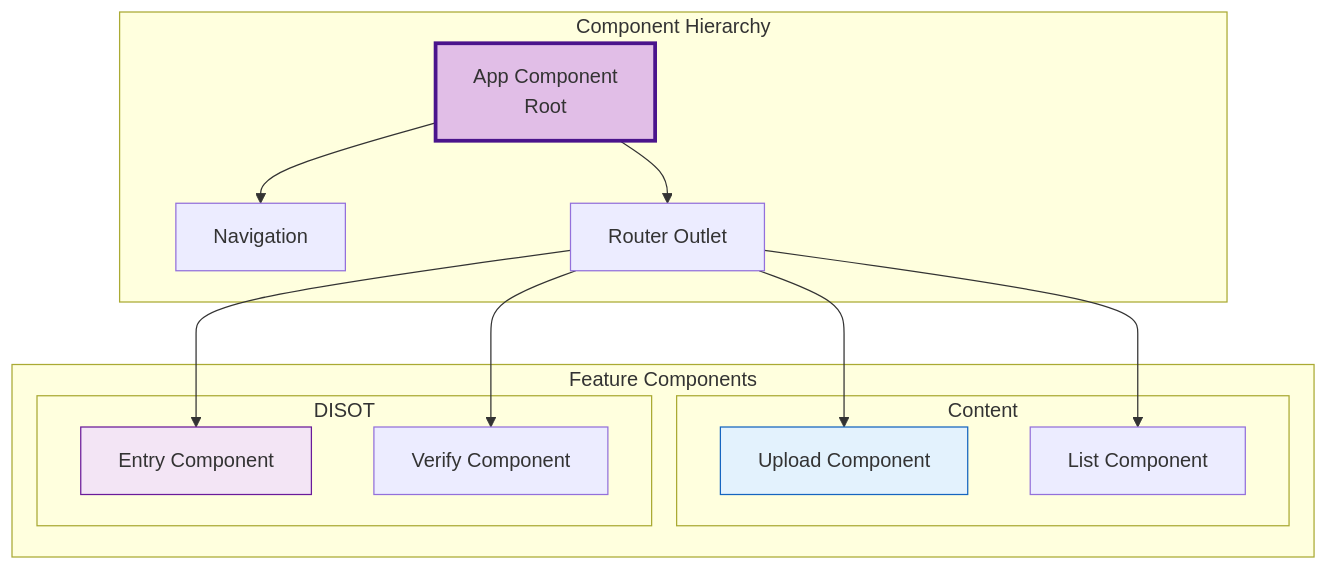
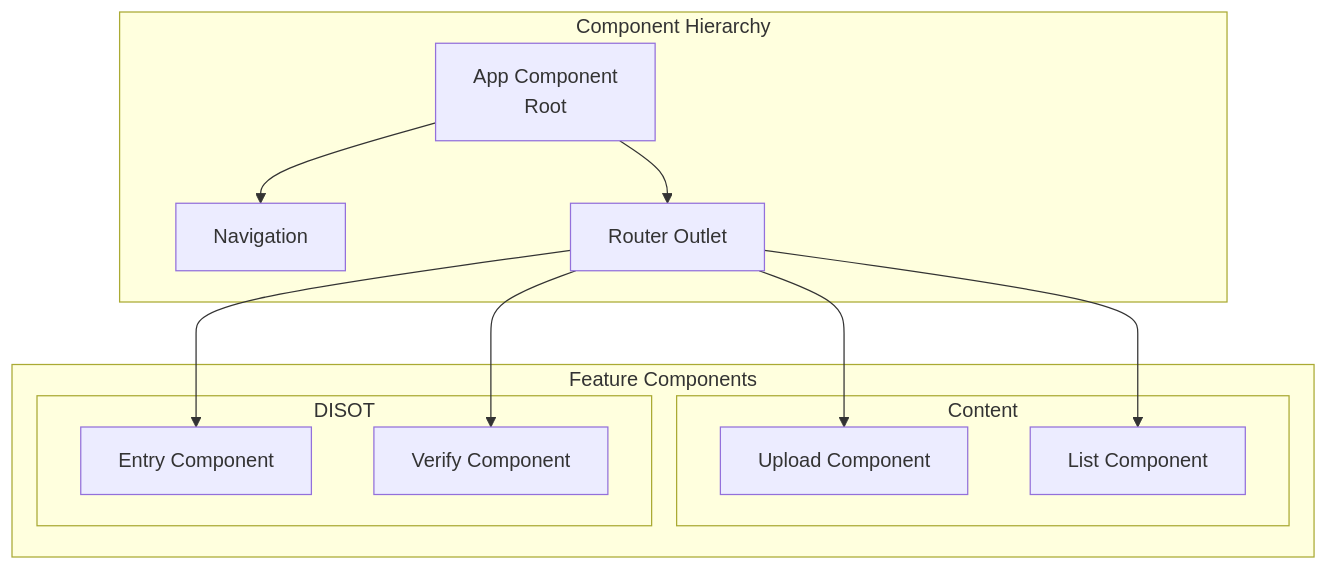
The first of 4 diagrams in docs/components/README.md (o2alexanderfedin/angular-cas-disot), drawn with Mermaid before and after one commit. The commit also changed other lines of this file and 18 other files, not shown here.

````diff
--- a/docs/components/README.md
+++ b/docs/components/README.md
@@ -25,31 +25,31 @@
 ```mermaid
 graph TD
     subgraph "Component Hierarchy"
         APP[App Component<br/>Root]
         NAV[Navigation]
         ROUTER[Router Outlet]
     end
     
     subgraph "Feature Components"
         subgraph "Content"
             UPLOAD[Upload Component]
             LIST[List Component]
         end
         
         subgraph "DISOT"
             ENTRY[Entry Component]
             VERIFY[Verify Component]
         end
     end
     
     APP --> NAV
     APP --> ROUTER
     ROUTER --> UPLOAD
     ROUTER --> LIST
     ROUTER --> ENTRY
     ROUTER --> VERIFY
     
-    style APP fill:#e1bee7,stroke:#4a148c,stroke-width:3px
-    style UPLOAD fill:#e3f2fd,stroke:#1565c0
-    style ENTRY fill:#f3e5f5,stroke:#6a1b9a
+    
+    
+    
 ```
````
